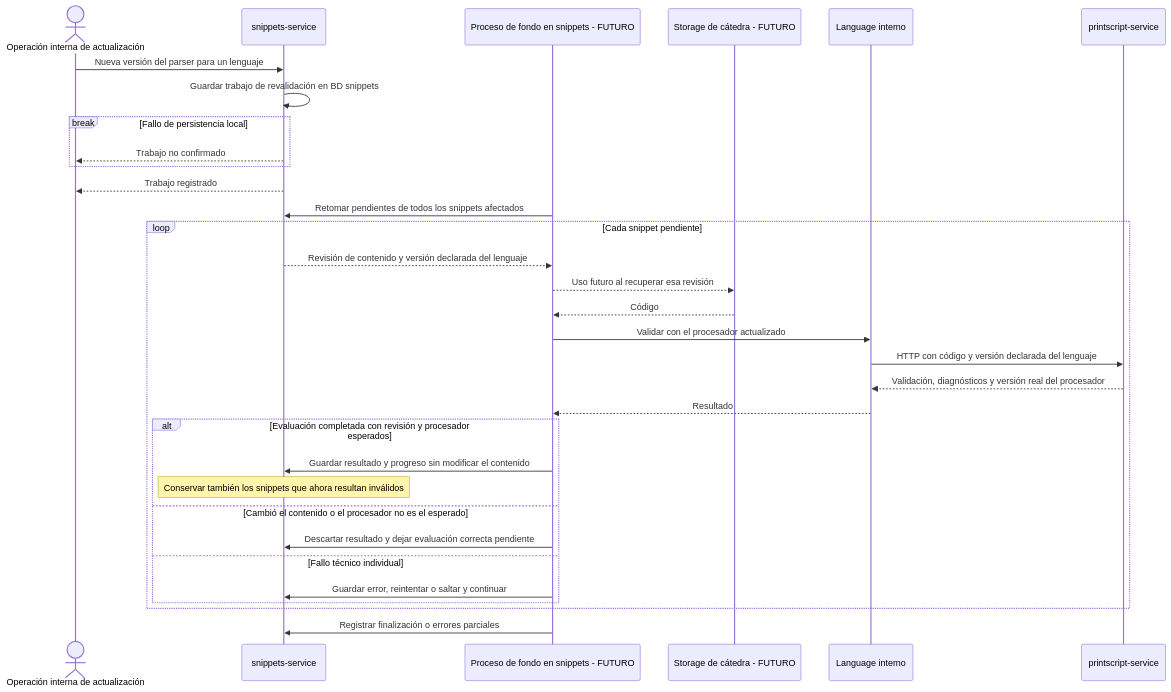
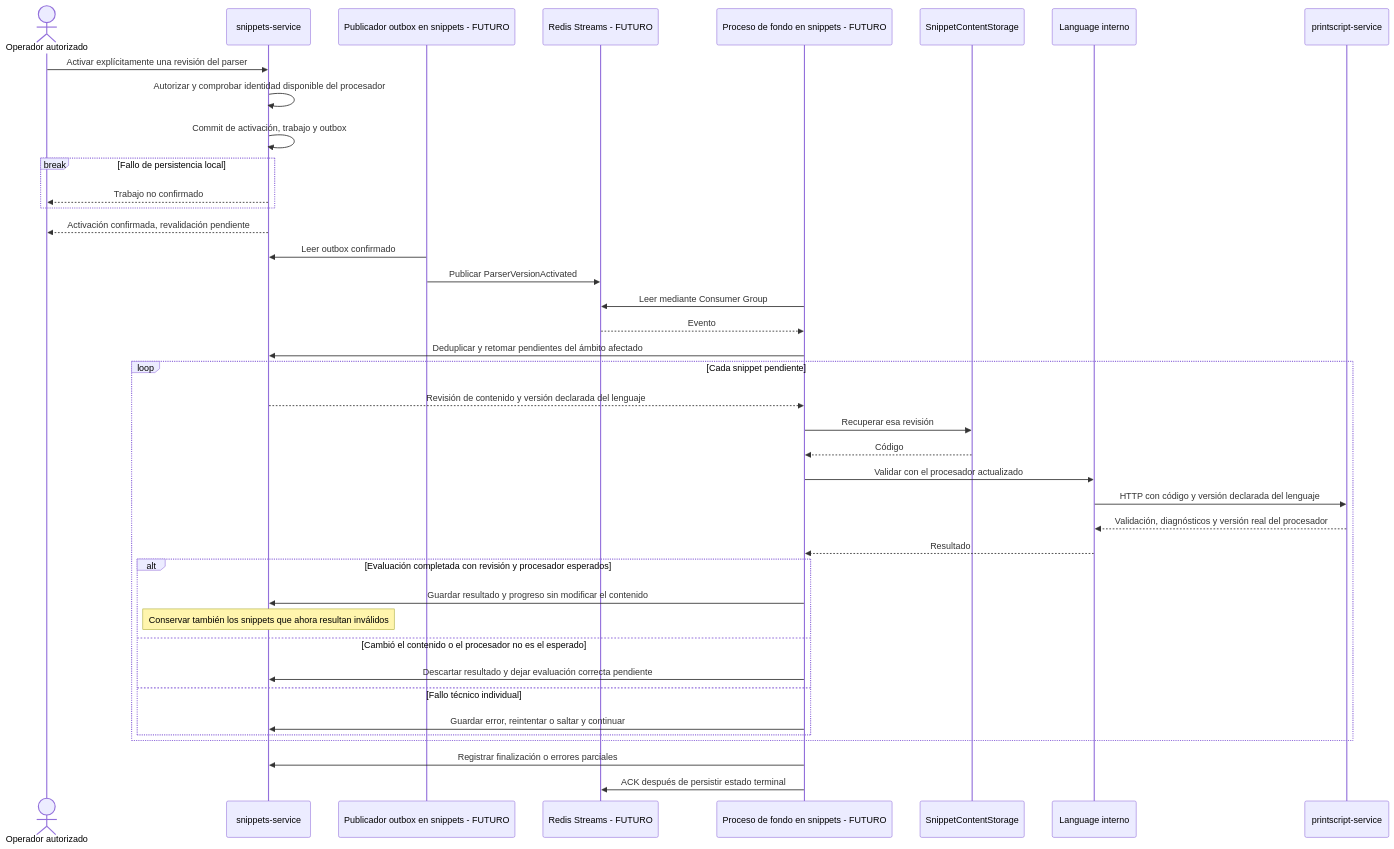
The diagram in docs/architecture/flows/parser-revalidation.md (JJT-INGSIS/snippet-searcher-infra), drawn with Mermaid before and after one commit. The commit also changed other lines of this file and 7 other files, not shown here.

Commit message:
docs(sni-27): decide asynchronous processing with Redis Streams and outbox

````diff
--- a/docs/architecture/flows/parser-revalidation.md
+++ b/docs/architecture/flows/parser-revalidation.md
@@ -7,37 +11,45 @@
 ```mermaid
 sequenceDiagram
-    actor O as Operación interna de actualización
+    actor O as Operador autorizado
     participant S as snippets-service
+    participant P as Publicador outbox en snippets - FUTURO
+    participant R as Redis Streams - FUTURO
     participant B as Proceso de fondo en snippets - FUTURO
-    participant ST as Storage de cátedra - FUTURO
+    participant ST as SnippetContentStorage
     participant L as Language interno
     participant PS as printscript-service
 
-    O->>S: Nueva versión del parser para un lenguaje
-    S->>S: Guardar trabajo de revalidación en BD snippets
+    O->>S: Activar explícitamente una revisión del parser
+    S->>S: Autorizar y comprobar identidad disponible del procesador
+    S->>S: Commit de activación, trabajo y outbox
     break Fallo de persistencia local
         S-->>O: Trabajo no confirmado
     end
-    S-->>O: Trabajo registrado
-    B->>S: Retomar pendientes de todos los snippets afectados
+    S-->>O: Activación confirmada, revalidación pendiente
+    P->>S: Leer outbox confirmado
+    P->>R: Publicar ParserVersionActivated
+    B->>R: Leer mediante Consumer Group
+    R-->>B: Evento
+    B->>S: Deduplicar y retomar pendientes del ámbito afectado
 
     loop Cada snippet pendiente
         S-->>B: Revisión de contenido y versión declarada del lenguaje
-        B-->>ST: Uso futuro al recuperar esa revisión
+        B->>ST: Recuperar esa revisión
         ST-->>B: Código
         B->>L: Validar con el procesador actualizado
         L->>PS: HTTP con código y versión declarada del lenguaje
         PS-->>L: Validación, diagnósticos y versión real del procesador
         L-->>B: Resultado
 
         alt Evaluación completada con revisión y procesador esperados
             B->>S: Guardar resultado y progreso sin modificar el contenido
             Note over S: Conservar también los snippets que ahora resultan inválidos
         else Cambió el contenido o el procesador no es el esperado
             B->>S: Descartar resultado y dejar evaluación correcta pendiente
         else Fallo técnico individual
             B->>S: Guardar error, reintentar o saltar y continuar
         end
     end
     B->>S: Registrar finalización o errores parciales
+    B->>R: ACK después de persistir estado terminal
 ```
````
